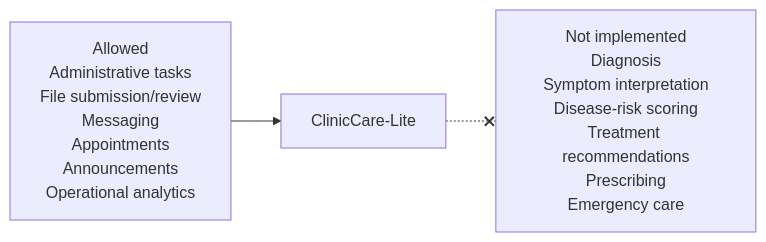
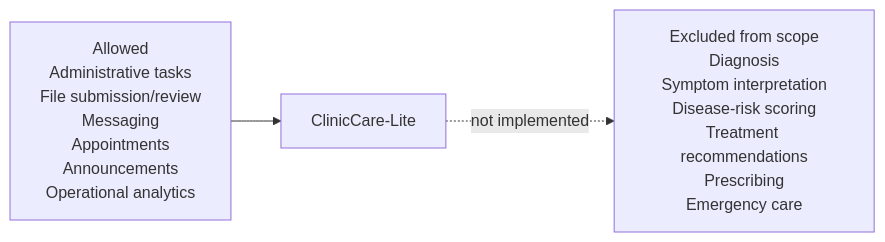
The second of 2 diagrams in docs/diagrams/cliniccare-use-case.md (KSarf/cs112_integrated_final_project), drawn with Mermaid before and after one commit.

Commit message:
Clarify ClinicCare use-case scope diagram

````diff
--- a/docs/diagrams/cliniccare-use-case.md
+++ b/docs/diagrams/cliniccare-use-case.md
@@ -53,9 +53,9 @@
 ```mermaid
 flowchart LR
     ALLOWED["Allowed\nAdministrative tasks\nFile submission/review\nMessaging\nAppointments\nAnnouncements\nOperational analytics"]
     SYSTEM[ClinicCare-Lite]
-    PROHIBITED["Not implemented\nDiagnosis\nSymptom interpretation\nDisease-risk scoring\nTreatment recommendations\nPrescribing\nEmergency care"]
+    PROHIBITED["Excluded from scope\nDiagnosis\nSymptom interpretation\nDisease-risk scoring\nTreatment recommendations\nPrescribing\nEmergency care"]
 
     ALLOWED --> SYSTEM
-    SYSTEM -.-x PROHIBITED
+    SYSTEM -. "not implemented" .-> PROHIBITED
 ```
````
